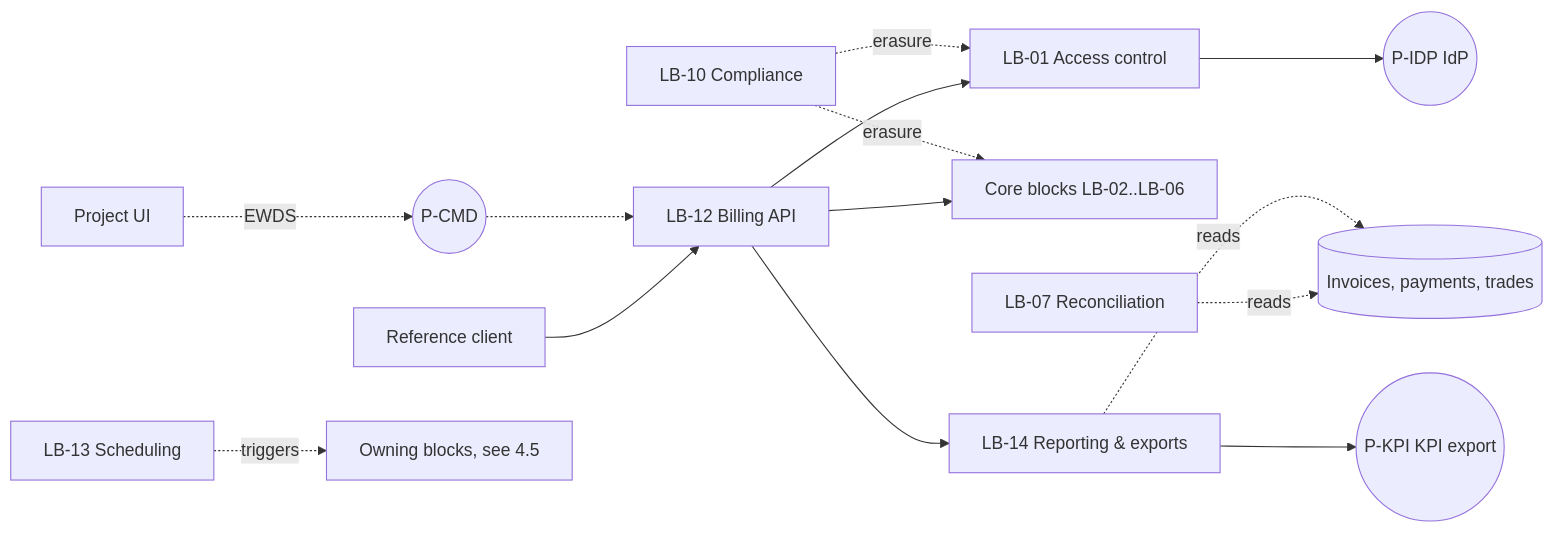
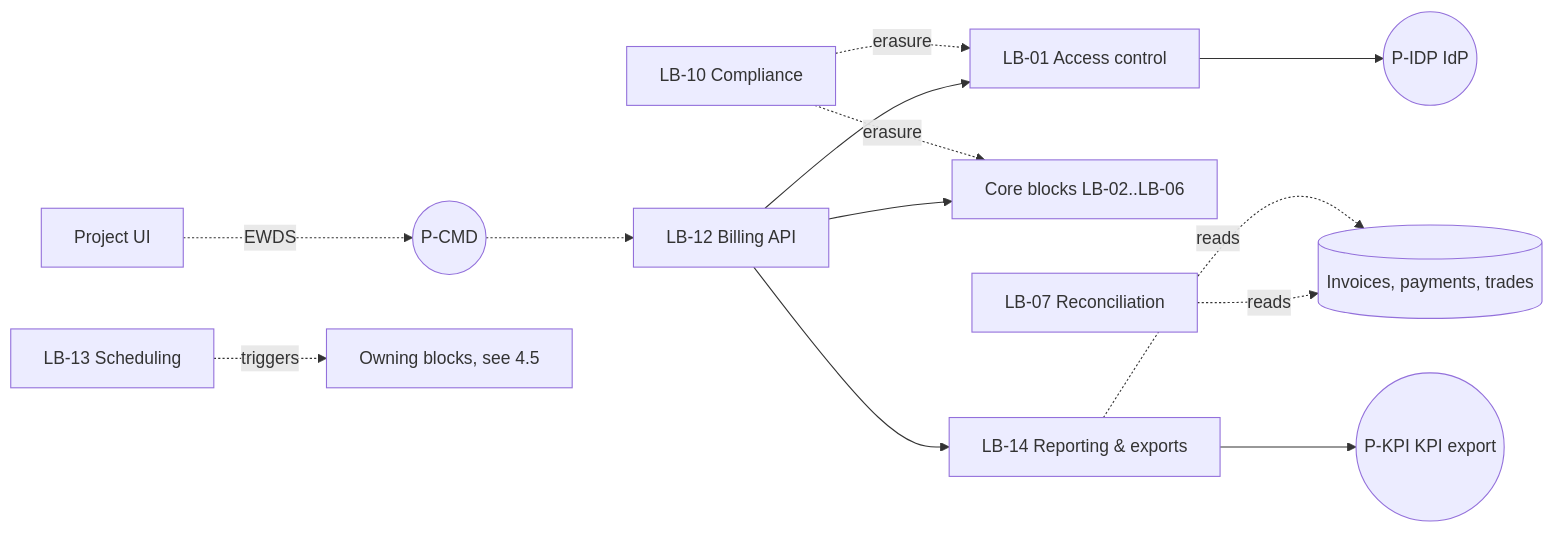
Before and after one commit to blooo-io/intelligent-eu-bps-source: the third of 10 diagrams in docs/architecture/02-logical-architecture.md, drawn with Mermaid. The commit also changed other lines of this file and 61 other files, not shown here.

````diff
--- a/docs/architecture/02-logical-architecture.md
+++ b/docs/architecture/02-logical-architecture.md
@@ -93,16 +91,15 @@
 ```mermaid
 %% elk %%
 flowchart LR
-  UI[Reference client] --> API[LB-12 Billing API]
   PUI[Project UI] -. EWDS .-> CMD((P-CMD))
-  CMD -.-> API
+  CMD -.-> API[LB-12 Billing API]
   API --> IAM[LB-01 Access control] --> IDP((P-IDP IdP))
   API --> CORE[Core blocks LB-02..LB-06]
   API --> RPT[LB-14 Reporting & exports]
   REC[LB-07 Reconciliation] -. reads .-> DATA[(Invoices, payments, trades)]
   RPT -. reads .-> DATA
   RPT --> KPI((P-KPI KPI export))
   JOB[LB-13 Scheduling] -. triggers .-> OWN[Owning blocks, see 4.5]
   CMP[LB-10 Compliance] -. erasure .-> CORE
   CMP -. erasure .-> IAM
 ```
````
